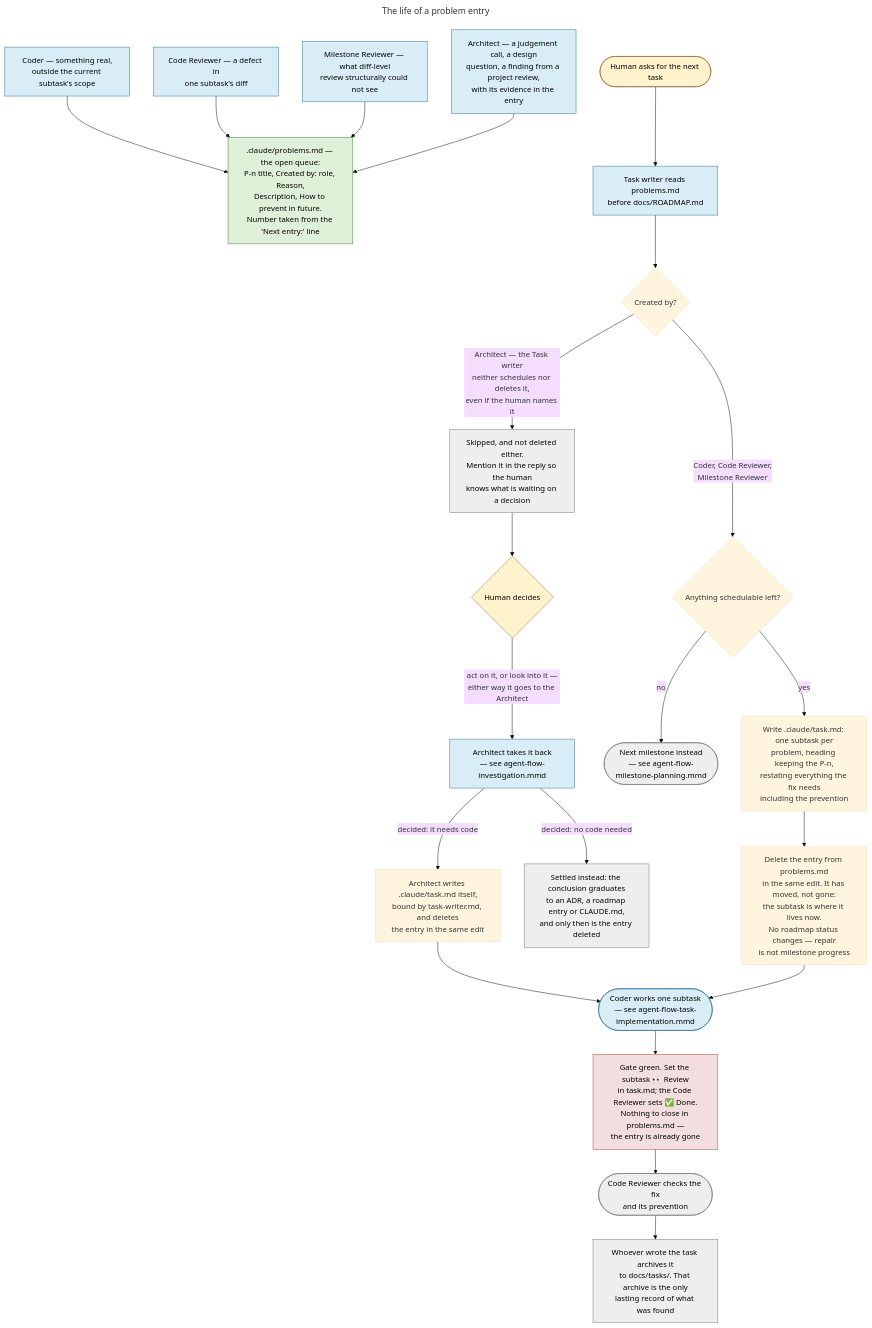
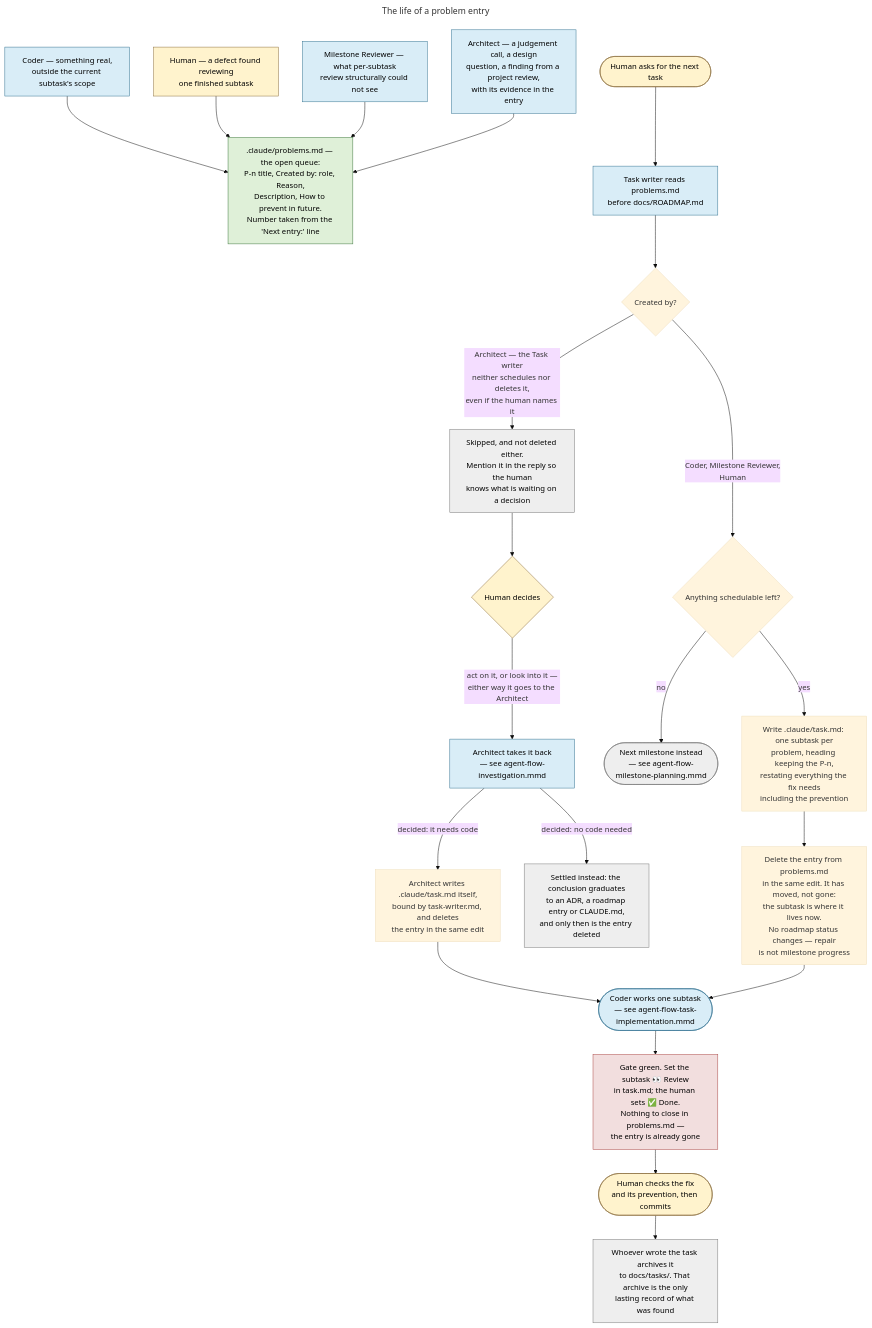
One commit to Dmitriy-G/simple_rdbms changed the diagram in docs/diagrams/agent-flow-problem-lifecycle.mmd. Above: the diagram before and after it, drawn with Mermaid (base theme). The commit also changed 12 other files, not shown here.

Commit message:
Remove the code reviewer agent

```diff
--- a/docs/diagrams/agent-flow-problem-lifecycle.mmd
+++ b/docs/diagrams/agent-flow-problem-lifecycle.mmd
@@ -1,51 +1,51 @@
 ---
 title: The life of a problem entry
 ---
 flowchart TD
     classDef human fill:#fff3cd,stroke:#8a6d3b,color:#000
     classDef role fill:#d9edf7,stroke:#31708f,color:#000
     classDef channel fill:#dff0d8,stroke:#3c763d,color:#000
     classDef gate fill:#f2dede,stroke:#a94442,color:#000
     classDef stop fill:#eeeeee,stroke:#777,color:#000
 
     SRC1["Coder — something real,<br/>outside the current subtask's scope"]:::role
-    SRC2["Code Reviewer — a defect in<br/>one subtask's diff"]:::role
-    SRC3["Milestone Reviewer — what diff-level<br/>review structurally could not see"]:::role
+    SRC2["Human — a defect found reviewing<br/>one finished subtask"]:::human
+    SRC3["Milestone Reviewer — what per-subtask<br/>review structurally could not see"]:::role
     SRC4["Architect — a judgement call, a design<br/>question, a finding from a project review,<br/>with its evidence in the entry"]:::role
 
     PROB[".claude/problems.md — the open queue:<br/>P-n title, Created by: role, Reason,<br/>Description, How to prevent in future.<br/>Number taken from the 'Next entry:' line"]:::channel
 
     NEXT(["Human asks for the next task"]):::human
     TW["Task writer reads problems.md<br/>before docs/ROADMAP.md"]:::role
     WHO{"Created by?"}
 
     SKIP["Skipped, and not deleted either.<br/>Mention it in the reply so the human<br/>knows what is waiting on a decision"]:::stop
     HUMANCALL{"Human decides"}:::human
     ARCHINV["Architect takes it back<br/>— see agent-flow-investigation.mmd"]:::role
     ARCHTASK["Architect writes .claude/task.md itself,<br/>bound by task-writer.md, and deletes<br/>the entry in the same edit"]
     DELINV["Settled instead: the conclusion graduates<br/>to an ADR, a roadmap entry or CLAUDE.md,<br/>and only then is the entry deleted"]:::stop
 
     ANYOPEN{"Anything schedulable left?"}
     MILESTONE(["Next milestone instead<br/>— see agent-flow-milestone-planning.mmd"]):::stop
 
     TASK["Write .claude/task.md: one subtask per<br/>problem, heading keeping the P-n,<br/>restating everything the fix needs<br/>including the prevention"]
     CONSUME["Delete the entry from problems.md<br/>in the same edit. It has moved, not gone:<br/>the subtask is where it lives now.<br/>No roadmap status changes — repair<br/>is not milestone progress"]
 
     CODER(["Coder works one subtask<br/>— see agent-flow-task-implementation.mmd"]):::role
-    GATE["Gate green. Set the subtask 👀 Review<br/>in task.md; the Code Reviewer sets ✅ Done.<br/>Nothing to close in problems.md —<br/>the entry is already gone"]:::gate
-    CR(["Code Reviewer checks the fix<br/>and its prevention"]):::stop
+    GATE["Gate green. Set the subtask 👀 Review<br/>in task.md; the human sets ✅ Done.<br/>Nothing to close in problems.md —<br/>the entry is already gone"]:::gate
+    CR(["Human checks the fix<br/>and its prevention, then commits"]):::human
     ARCHIVE["Whoever wrote the task archives it<br/>to docs/tasks/. That archive is the only<br/>lasting record of what was found"]:::stop
 
     SRC1 --> PROB
     SRC2 --> PROB
     SRC3 --> PROB
     SRC4 --> PROB
 
     NEXT --> TW --> WHO
     WHO -- "Architect — the Task writer<br/>neither schedules nor deletes it,<br/>even if the human names it" --> SKIP --> HUMANCALL
     HUMANCALL -- "act on it, or look into it —<br/>either way it goes to the Architect" --> ARCHINV
     ARCHINV -- "decided: it needs code" --> ARCHTASK --> CODER
     ARCHINV -- "decided: no code needed" --> DELINV
-    WHO -- "Coder, Code Reviewer,<br/>Milestone Reviewer" --> ANYOPEN
+    WHO -- "Coder, Milestone Reviewer,<br/>Human" --> ANYOPEN
     ANYOPEN -- no --> MILESTONE
     ANYOPEN -- yes --> TASK --> CONSUME --> CODER --> GATE --> CR --> ARCHIVE
```
